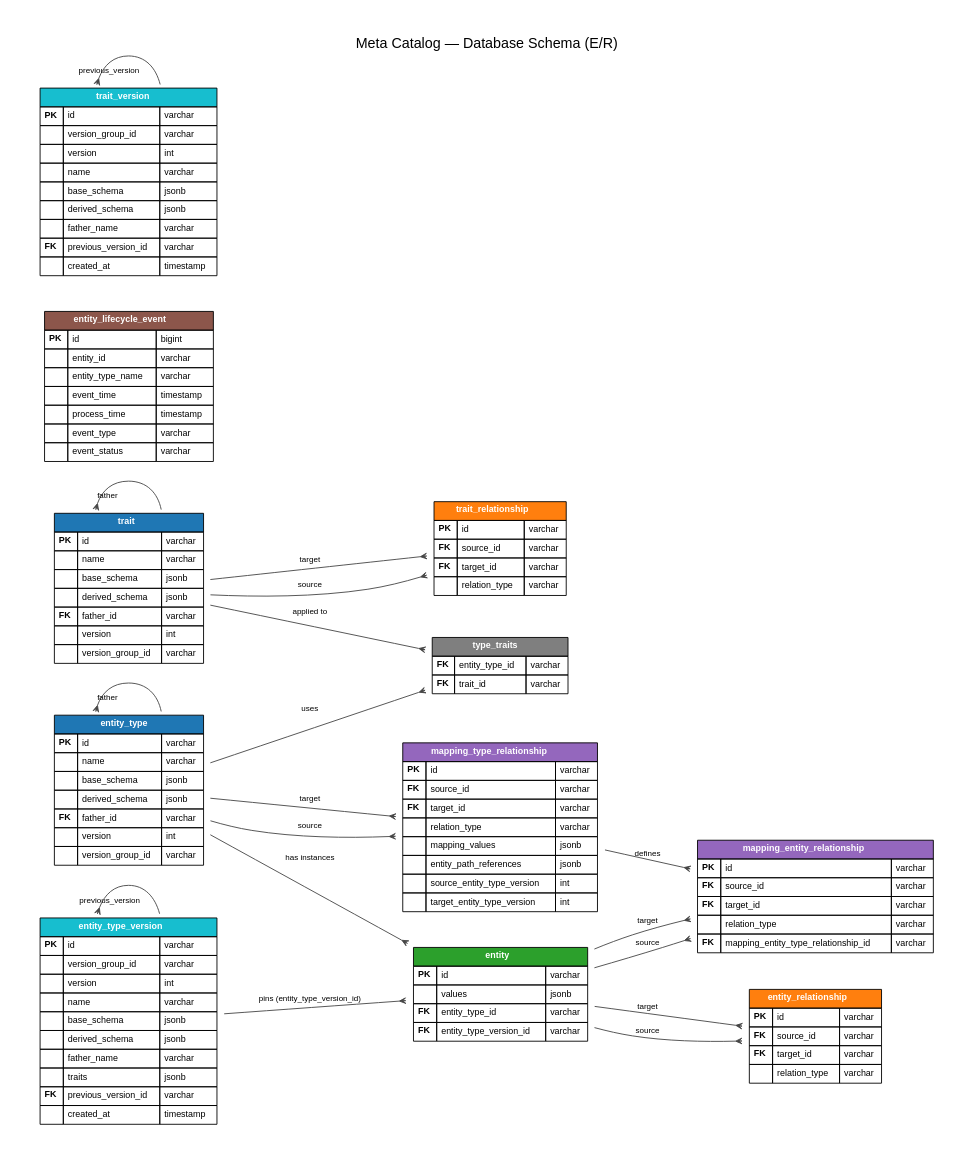
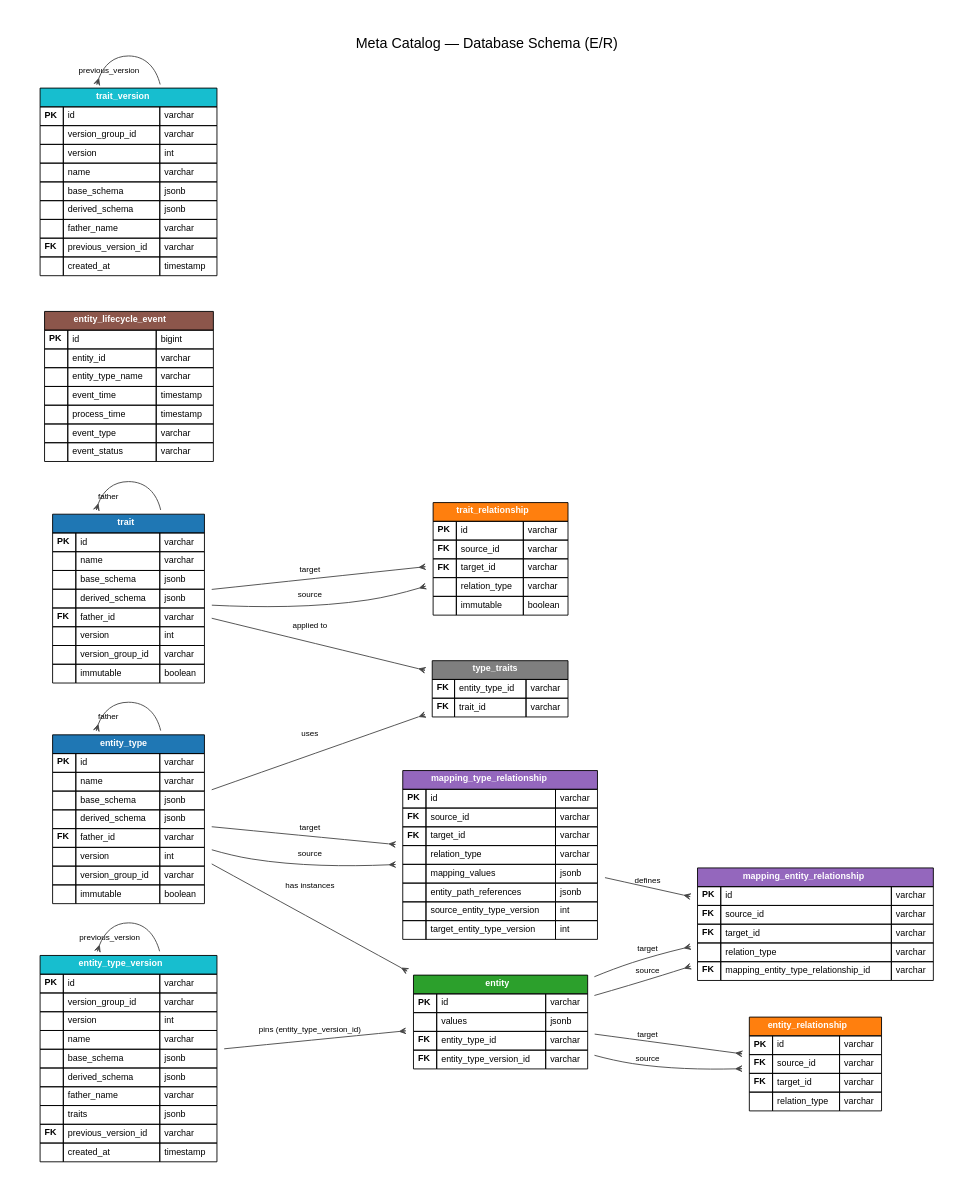
The diagram in docs/er-diagram.dot (dgreco/metacatalog), drawn with Graphviz before and after one commit. The commit also changed 2 other files, not shown here.

First paragraph of the commit message:
docs: document the immutable model and add it to the E/R diagram
Follow-up to 3594c82, which added the `immutable` flag and the startup
contributor but left the README and the schema picture describing the old
behaviour.

```diff
--- a/docs/er-diagram.dot
+++ b/docs/er-diagram.dot
@@ -1,169 +1,172 @@
 digraph ER {
     graph [
         rankdir=LR,
         fontname="Helvetica",
         fontsize=10,
         splines=true,
         overlap=false,
         pad=0.4,
         nodesep=0.45,
         ranksep=0.85,
         bgcolor="white",
         label="Meta Catalog — Database Schema (E/R)",
         labelloc=t,
         fontsize=16
     ];
     node  [shape=plaintext, fontname="Helvetica", fontsize=10];
     edge  [color="#444444", penwidth=1.0, arrowsize=0.7, fontname="Helvetica", fontsize=9];
 
     entity_type [label=<
         <TABLE BORDER="0" CELLBORDER="1" CELLSPACING="0" CELLPADDING="4" BGCOLOR="white">
             <TR><TD BGCOLOR="#1f77b4" COLSPAN="3"><FONT COLOR="white"><B>entity_type</B></FONT></TD></TR>
             <TR><TD ALIGN="LEFT"><B>PK</B></TD><TD ALIGN="LEFT">id</TD><TD ALIGN="LEFT">varchar</TD></TR>
             <TR><TD></TD><TD ALIGN="LEFT">name</TD><TD ALIGN="LEFT">varchar</TD></TR>
             <TR><TD></TD><TD ALIGN="LEFT">base_schema</TD><TD ALIGN="LEFT">jsonb</TD></TR>
             <TR><TD></TD><TD ALIGN="LEFT">derived_schema</TD><TD ALIGN="LEFT">jsonb</TD></TR>
             <TR><TD ALIGN="LEFT"><B>FK</B></TD><TD ALIGN="LEFT">father_id</TD><TD ALIGN="LEFT">varchar</TD></TR>
             <TR><TD></TD><TD ALIGN="LEFT">version</TD><TD ALIGN="LEFT">int</TD></TR>
             <TR><TD></TD><TD ALIGN="LEFT">version_group_id</TD><TD ALIGN="LEFT">varchar</TD></TR>
+            <TR><TD></TD><TD ALIGN="LEFT">immutable</TD><TD ALIGN="LEFT">boolean</TD></TR>
         </TABLE>
     >];
 
     trait [label=<
         <TABLE BORDER="0" CELLBORDER="1" CELLSPACING="0" CELLPADDING="4" BGCOLOR="white">
             <TR><TD BGCOLOR="#1f77b4" COLSPAN="3"><FONT COLOR="white"><B>trait</B></FONT></TD></TR>
             <TR><TD ALIGN="LEFT"><B>PK</B></TD><TD ALIGN="LEFT">id</TD><TD ALIGN="LEFT">varchar</TD></TR>
             <TR><TD></TD><TD ALIGN="LEFT">name</TD><TD ALIGN="LEFT">varchar</TD></TR>
             <TR><TD></TD><TD ALIGN="LEFT">base_schema</TD><TD ALIGN="LEFT">jsonb</TD></TR>
             <TR><TD></TD><TD ALIGN="LEFT">derived_schema</TD><TD ALIGN="LEFT">jsonb</TD></TR>
             <TR><TD ALIGN="LEFT"><B>FK</B></TD><TD ALIGN="LEFT">father_id</TD><TD ALIGN="LEFT">varchar</TD></TR>
             <TR><TD></TD><TD ALIGN="LEFT">version</TD><TD ALIGN="LEFT">int</TD></TR>
             <TR><TD></TD><TD ALIGN="LEFT">version_group_id</TD><TD ALIGN="LEFT">varchar</TD></TR>
+            <TR><TD></TD><TD ALIGN="LEFT">immutable</TD><TD ALIGN="LEFT">boolean</TD></TR>
         </TABLE>
     >];
 
     type_traits [label=<
         <TABLE BORDER="0" CELLBORDER="1" CELLSPACING="0" CELLPADDING="4" BGCOLOR="white">
             <TR><TD BGCOLOR="#7f7f7f" COLSPAN="3"><FONT COLOR="white"><B>type_traits</B></FONT></TD></TR>
             <TR><TD ALIGN="LEFT"><B>FK</B></TD><TD ALIGN="LEFT">entity_type_id</TD><TD ALIGN="LEFT">varchar</TD></TR>
             <TR><TD ALIGN="LEFT"><B>FK</B></TD><TD ALIGN="LEFT">trait_id</TD><TD ALIGN="LEFT">varchar</TD></TR>
         </TABLE>
     >];
 
     entity [label=<
         <TABLE BORDER="0" CELLBORDER="1" CELLSPACING="0" CELLPADDING="4" BGCOLOR="white">
             <TR><TD BGCOLOR="#2ca02c" COLSPAN="3"><FONT COLOR="white"><B>entity</B></FONT></TD></TR>
             <TR><TD ALIGN="LEFT"><B>PK</B></TD><TD ALIGN="LEFT">id</TD><TD ALIGN="LEFT">varchar</TD></TR>
             <TR><TD></TD><TD ALIGN="LEFT">values</TD><TD ALIGN="LEFT">jsonb</TD></TR>
             <TR><TD ALIGN="LEFT"><B>FK</B></TD><TD ALIGN="LEFT">entity_type_id</TD><TD ALIGN="LEFT">varchar</TD></TR>
             <TR><TD ALIGN="LEFT"><B>FK</B></TD><TD ALIGN="LEFT">entity_type_version_id</TD><TD ALIGN="LEFT">varchar</TD></TR>
         </TABLE>
     >];
 
     trait_relationship [label=<
         <TABLE BORDER="0" CELLBORDER="1" CELLSPACING="0" CELLPADDING="4" BGCOLOR="white">
             <TR><TD BGCOLOR="#ff7f0e" COLSPAN="3"><FONT COLOR="white"><B>trait_relationship</B></FONT></TD></TR>
             <TR><TD ALIGN="LEFT"><B>PK</B></TD><TD ALIGN="LEFT">id</TD><TD ALIGN="LEFT">varchar</TD></TR>
             <TR><TD ALIGN="LEFT"><B>FK</B></TD><TD ALIGN="LEFT">source_id</TD><TD ALIGN="LEFT">varchar</TD></TR>
             <TR><TD ALIGN="LEFT"><B>FK</B></TD><TD ALIGN="LEFT">target_id</TD><TD ALIGN="LEFT">varchar</TD></TR>
             <TR><TD></TD><TD ALIGN="LEFT">relation_type</TD><TD ALIGN="LEFT">varchar</TD></TR>
+            <TR><TD></TD><TD ALIGN="LEFT">immutable</TD><TD ALIGN="LEFT">boolean</TD></TR>
         </TABLE>
     >];
 
     entity_relationship [label=<
         <TABLE BORDER="0" CELLBORDER="1" CELLSPACING="0" CELLPADDING="4" BGCOLOR="white">
             <TR><TD BGCOLOR="#ff7f0e" COLSPAN="3"><FONT COLOR="white"><B>entity_relationship</B></FONT></TD></TR>
             <TR><TD ALIGN="LEFT"><B>PK</B></TD><TD ALIGN="LEFT">id</TD><TD ALIGN="LEFT">varchar</TD></TR>
             <TR><TD ALIGN="LEFT"><B>FK</B></TD><TD ALIGN="LEFT">source_id</TD><TD ALIGN="LEFT">varchar</TD></TR>
             <TR><TD ALIGN="LEFT"><B>FK</B></TD><TD ALIGN="LEFT">target_id</TD><TD ALIGN="LEFT">varchar</TD></TR>
             <TR><TD></TD><TD ALIGN="LEFT">relation_type</TD><TD ALIGN="LEFT">varchar</TD></TR>
         </TABLE>
     >];
 
     mapping_type_relationship [label=<
         <TABLE BORDER="0" CELLBORDER="1" CELLSPACING="0" CELLPADDING="4" BGCOLOR="white">
             <TR><TD BGCOLOR="#9467bd" COLSPAN="3"><FONT COLOR="white"><B>mapping_type_relationship</B></FONT></TD></TR>
             <TR><TD ALIGN="LEFT"><B>PK</B></TD><TD ALIGN="LEFT">id</TD><TD ALIGN="LEFT">varchar</TD></TR>
             <TR><TD ALIGN="LEFT"><B>FK</B></TD><TD ALIGN="LEFT">source_id</TD><TD ALIGN="LEFT">varchar</TD></TR>
             <TR><TD ALIGN="LEFT"><B>FK</B></TD><TD ALIGN="LEFT">target_id</TD><TD ALIGN="LEFT">varchar</TD></TR>
             <TR><TD></TD><TD ALIGN="LEFT">relation_type</TD><TD ALIGN="LEFT">varchar</TD></TR>
             <TR><TD></TD><TD ALIGN="LEFT">mapping_values</TD><TD ALIGN="LEFT">jsonb</TD></TR>
             <TR><TD></TD><TD ALIGN="LEFT">entity_path_references</TD><TD ALIGN="LEFT">jsonb</TD></TR>
             <TR><TD></TD><TD ALIGN="LEFT">source_entity_type_version</TD><TD ALIGN="LEFT">int</TD></TR>
             <TR><TD></TD><TD ALIGN="LEFT">target_entity_type_version</TD><TD ALIGN="LEFT">int</TD></TR>
         </TABLE>
     >];
 
     mapping_entity_relationship [label=<
         <TABLE BORDER="0" CELLBORDER="1" CELLSPACING="0" CELLPADDING="4" BGCOLOR="white">
             <TR><TD BGCOLOR="#9467bd" COLSPAN="3"><FONT COLOR="white"><B>mapping_entity_relationship</B></FONT></TD></TR>
             <TR><TD ALIGN="LEFT"><B>PK</B></TD><TD ALIGN="LEFT">id</TD><TD ALIGN="LEFT">varchar</TD></TR>
             <TR><TD ALIGN="LEFT"><B>FK</B></TD><TD ALIGN="LEFT">source_id</TD><TD ALIGN="LEFT">varchar</TD></TR>
             <TR><TD ALIGN="LEFT"><B>FK</B></TD><TD ALIGN="LEFT">target_id</TD><TD ALIGN="LEFT">varchar</TD></TR>
             <TR><TD></TD><TD ALIGN="LEFT">relation_type</TD><TD ALIGN="LEFT">varchar</TD></TR>
             <TR><TD ALIGN="LEFT"><B>FK</B></TD><TD ALIGN="LEFT">mapping_entity_type_relationship_id</TD><TD ALIGN="LEFT">varchar</TD></TR>
         </TABLE>
     >];
 
     entity_lifecycle_event [label=<
         <TABLE BORDER="0" CELLBORDER="1" CELLSPACING="0" CELLPADDING="4" BGCOLOR="white">
             <TR><TD BGCOLOR="#8c564b" COLSPAN="3"><FONT COLOR="white"><B>entity_lifecycle_event</B></FONT></TD></TR>
             <TR><TD ALIGN="LEFT"><B>PK</B></TD><TD ALIGN="LEFT">id</TD><TD ALIGN="LEFT">bigint</TD></TR>
             <TR><TD></TD><TD ALIGN="LEFT">entity_id</TD><TD ALIGN="LEFT">varchar</TD></TR>
             <TR><TD></TD><TD ALIGN="LEFT">entity_type_name</TD><TD ALIGN="LEFT">varchar</TD></TR>
             <TR><TD></TD><TD ALIGN="LEFT">event_time</TD><TD ALIGN="LEFT">timestamp</TD></TR>
             <TR><TD></TD><TD ALIGN="LEFT">process_time</TD><TD ALIGN="LEFT">timestamp</TD></TR>
             <TR><TD></TD><TD ALIGN="LEFT">event_type</TD><TD ALIGN="LEFT">varchar</TD></TR>
             <TR><TD></TD><TD ALIGN="LEFT">event_status</TD><TD ALIGN="LEFT">varchar</TD></TR>
         </TABLE>
     >];
 
     entity_type_version [label=<
         <TABLE BORDER="0" CELLBORDER="1" CELLSPACING="0" CELLPADDING="4" BGCOLOR="white">
             <TR><TD BGCOLOR="#17becf" COLSPAN="3"><FONT COLOR="white"><B>entity_type_version</B></FONT></TD></TR>
             <TR><TD ALIGN="LEFT"><B>PK</B></TD><TD ALIGN="LEFT">id</TD><TD ALIGN="LEFT">varchar</TD></TR>
             <TR><TD></TD><TD ALIGN="LEFT">version_group_id</TD><TD ALIGN="LEFT">varchar</TD></TR>
             <TR><TD></TD><TD ALIGN="LEFT">version</TD><TD ALIGN="LEFT">int</TD></TR>
             <TR><TD></TD><TD ALIGN="LEFT">name</TD><TD ALIGN="LEFT">varchar</TD></TR>
             <TR><TD></TD><TD ALIGN="LEFT">base_schema</TD><TD ALIGN="LEFT">jsonb</TD></TR>
             <TR><TD></TD><TD ALIGN="LEFT">derived_schema</TD><TD ALIGN="LEFT">jsonb</TD></TR>
             <TR><TD></TD><TD ALIGN="LEFT">father_name</TD><TD ALIGN="LEFT">varchar</TD></TR>
             <TR><TD></TD><TD ALIGN="LEFT">traits</TD><TD ALIGN="LEFT">jsonb</TD></TR>
             <TR><TD ALIGN="LEFT"><B>FK</B></TD><TD ALIGN="LEFT">previous_version_id</TD><TD ALIGN="LEFT">varchar</TD></TR>
             <TR><TD></TD><TD ALIGN="LEFT">created_at</TD><TD ALIGN="LEFT">timestamp</TD></TR>
         </TABLE>
     >];
 
     trait_version [label=<
         <TABLE BORDER="0" CELLBORDER="1" CELLSPACING="0" CELLPADDING="4" BGCOLOR="white">
             <TR><TD BGCOLOR="#17becf" COLSPAN="3"><FONT COLOR="white"><B>trait_version</B></FONT></TD></TR>
             <TR><TD ALIGN="LEFT"><B>PK</B></TD><TD ALIGN="LEFT">id</TD><TD ALIGN="LEFT">varchar</TD></TR>
             <TR><TD></TD><TD ALIGN="LEFT">version_group_id</TD><TD ALIGN="LEFT">varchar</TD></TR>
             <TR><TD></TD><TD ALIGN="LEFT">version</TD><TD ALIGN="LEFT">int</TD></TR>
             <TR><TD></TD><TD ALIGN="LEFT">name</TD><TD ALIGN="LEFT">varchar</TD></TR>
             <TR><TD></TD><TD ALIGN="LEFT">base_schema</TD><TD ALIGN="LEFT">jsonb</TD></TR>
             <TR><TD></TD><TD ALIGN="LEFT">derived_schema</TD><TD ALIGN="LEFT">jsonb</TD></TR>
             <TR><TD></TD><TD ALIGN="LEFT">father_name</TD><TD ALIGN="LEFT">varchar</TD></TR>
             <TR><TD ALIGN="LEFT"><B>FK</B></TD><TD ALIGN="LEFT">previous_version_id</TD><TD ALIGN="LEFT">varchar</TD></TR>
             <TR><TD></TD><TD ALIGN="LEFT">created_at</TD><TD ALIGN="LEFT">timestamp</TD></TR>
         </TABLE>
     >];
 
     entity_type        -> entity_type        [taillabel="father",  labeldistance=2, dir=back, arrowtail=crow];
     trait              -> trait              [taillabel="father",  labeldistance=2, dir=back, arrowtail=crow];
     entity_type        -> entity             [arrowhead=crow,  label="has instances"];
     entity_type        -> type_traits        [arrowhead=crow,  label="uses"];
     trait              -> type_traits        [arrowhead=crow,  label="applied to"];
     trait              -> trait_relationship [arrowhead=crow,  label="source"];
     trait              -> trait_relationship [arrowhead=crow,  label="target"];
     entity             -> entity_relationship [arrowhead=crow, label="source"];
     entity             -> entity_relationship [arrowhead=crow, label="target"];
     entity_type        -> mapping_type_relationship [arrowhead=crow, label="source"];
     entity_type        -> mapping_type_relationship [arrowhead=crow, label="target"];
     mapping_type_relationship -> mapping_entity_relationship [arrowhead=crow, label="defines"];
     entity             -> mapping_entity_relationship [arrowhead=crow, label="source"];
     entity             -> mapping_entity_relationship [arrowhead=crow, label="target"];
     entity_type_version -> entity            [arrowhead=crow,  label="pins (entity_type_version_id)"];
     entity_type_version -> entity_type_version [taillabel="previous_version", labeldistance=2, dir=back, arrowtail=crow];
     trait_version      -> trait_version      [taillabel="previous_version", labeldistance=2, dir=back, arrowtail=crow];
 }
```
